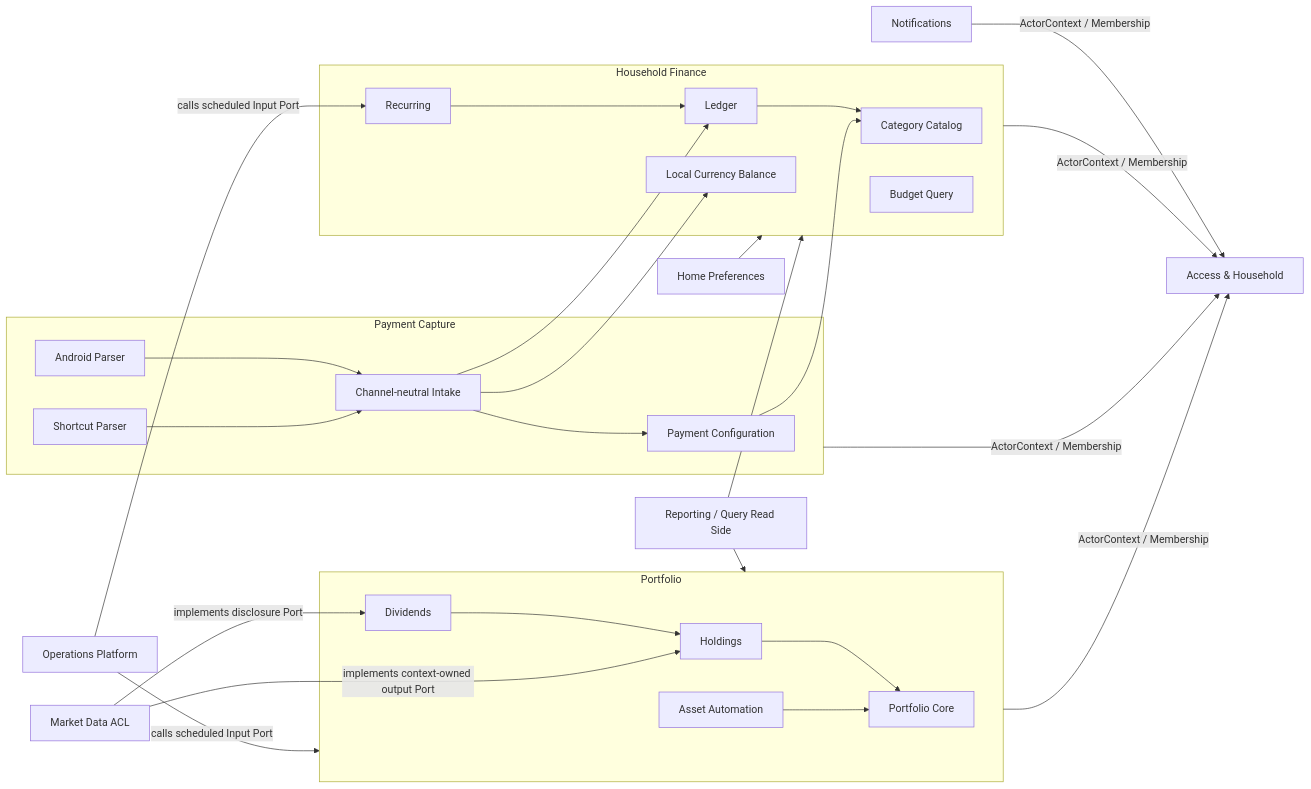
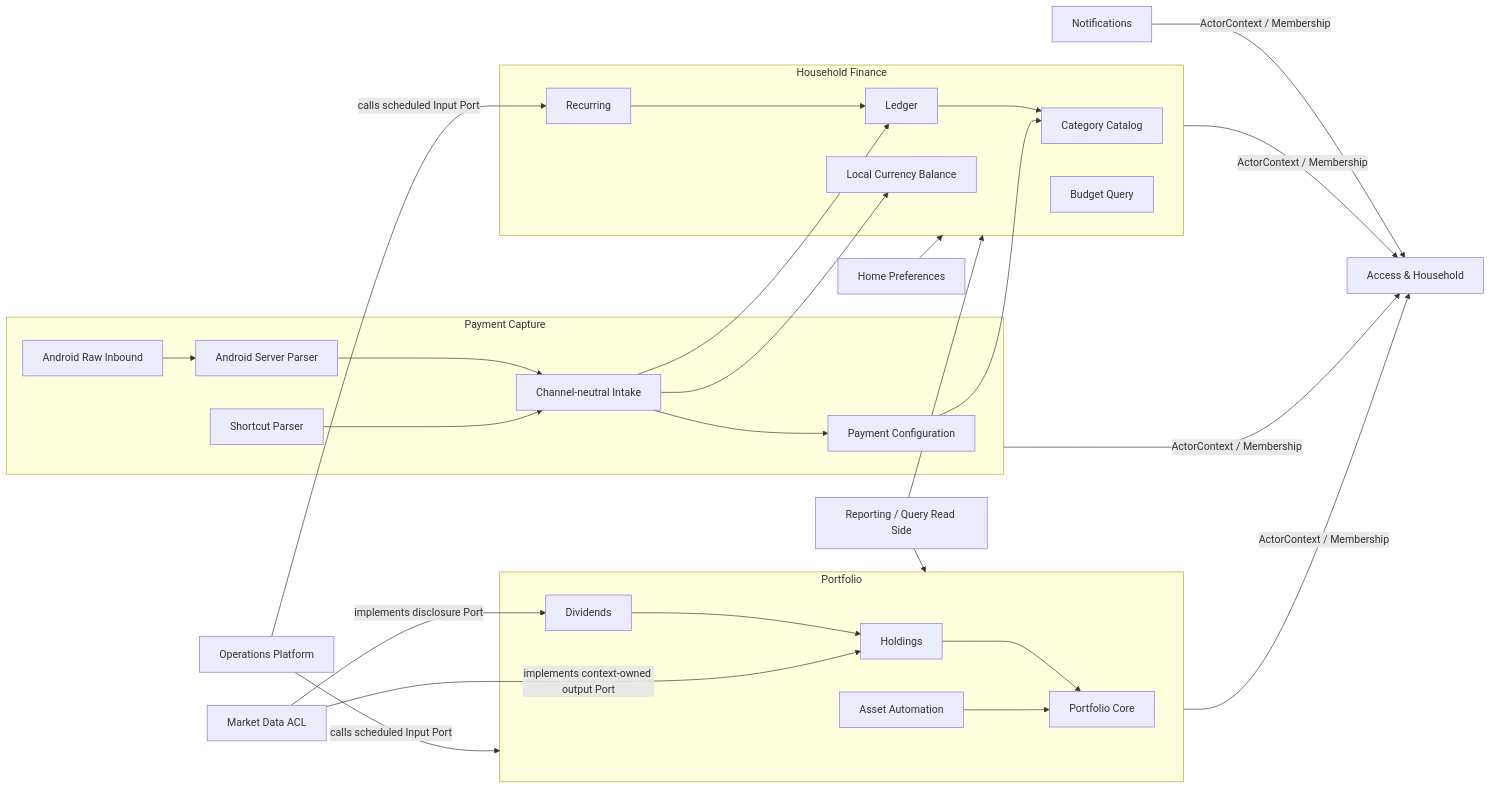
The second of 4 diagrams in docs/architecture/target-clean-architecture.md (minkue777/household-account), drawn with Mermaid before and after one commit. The commit also changed other lines of this file and 60 other files, not shown here.

````diff
--- a/docs/architecture/target-clean-architecture.md
+++ b/docs/architecture/target-clean-architecture.md
@@ -168,55 +168,57 @@
 ```mermaid
 flowchart LR
     Access[Access & Household]
 
     subgraph Finance[Household Finance]
       Category[Category Catalog]
       Ledger[Ledger]
       Recurring[Recurring]
       Balance[Local Currency Balance]
       Budget[Budget Query]
     end
 
     subgraph Capture[Payment Capture]
       Config[Payment Configuration]
       Intake[Channel-neutral Intake]
-      AndroidParser[Android Parser]
+      AndroidRaw[Android Raw Inbound]
+      ServerParser[Android Server Parser]
       ShortcutParser[Shortcut Parser]
     end
 
     subgraph Wealth[Portfolio]
       Asset[Portfolio Core]
       Position[Holdings]
       Automation[Asset Automation]
       Dividend[Dividends]
     end
 
     Notify[Notifications]
     Market[Market Data ACL]
     Report[Reporting / Query Read Side]
     Pref[Home Preferences]
     Ops[Operations Platform]
 
     Finance -->|ActorContext / Membership| Access
     Capture -->|ActorContext / Membership| Access
     Wealth -->|ActorContext / Membership| Access
     Notify -->|ActorContext / Membership| Access
-    AndroidParser --> Intake
+    AndroidRaw --> ServerParser
+    ServerParser --> Intake
     ShortcutParser --> Intake
     Intake --> Config
     Intake --> Ledger
     Intake --> Balance
     Ledger --> Category
     Config --> Category
     Recurring --> Ledger
     Position --> Asset
     Automation --> Asset
     Dividend --> Position
     Report --> Finance
     Report --> Wealth
     Pref --> Finance
     Market -->|implements context-owned output Port| Position
     Market -->|implements disclosure Port| Dividend
     Ops -->|calls scheduled Input Port| Recurring
     Ops -->|calls scheduled Input Port| Wealth
 ```
````
